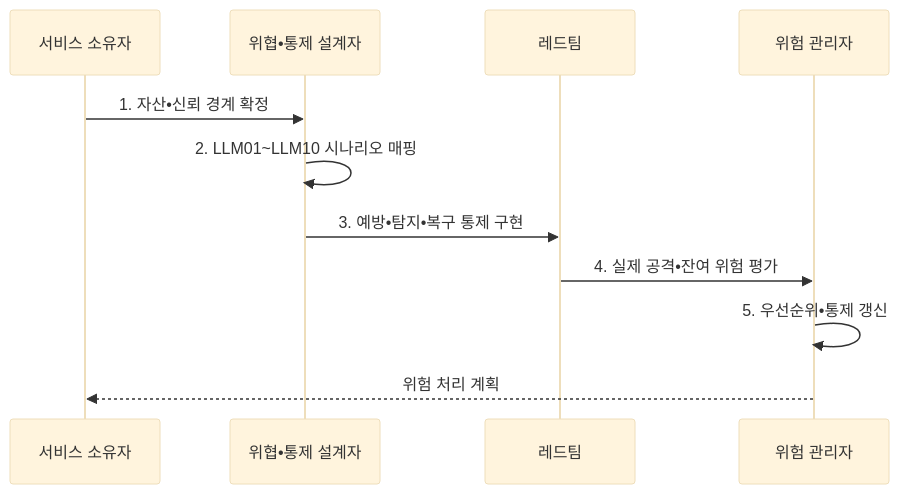
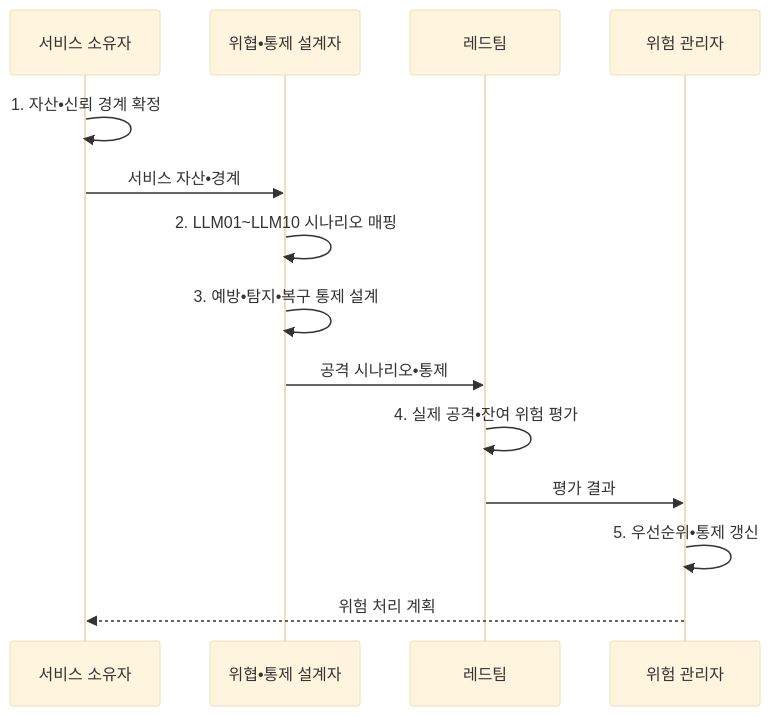
The diagram in src/content/docs/notes/05-security/088_owasp_llm_top_10.md (agnusdei1207/knowledge-base), drawn with Mermaid (base theme) before and after one commit. The commit also changed other lines of this file and 14 other files, not shown here.

````diff
--- a/src/content/docs/notes/05-security/088_owasp_llm_top_10.md
+++ b/src/content/docs/notes/05-security/088_owasp_llm_top_10.md
@@ -95,13 +95,16 @@
 ```mermaid
 sequenceDiagram
     participant O as 서비스 소유자
     participant C as 위협•통제 설계자
     participant R as 레드팀
     participant G as 위험 관리자
-    O->>C: 1. 자산•신뢰 경계 확정
+    O->>O: 1. 자산•신뢰 경계 확정
+    O->>C: 서비스 자산•경계
     C->>C: 2. LLM01~LLM10 시나리오 매핑
-    C->>R: 3. 예방•탐지•복구 통제 구현
-    R->>G: 4. 실제 공격•잔여 위험 평가
+    C->>C: 3. 예방•탐지•복구 통제 설계
+    C->>R: 공격 시나리오•통제
+    R->>R: 4. 실제 공격•잔여 위험 평가
+    R->>G: 평가 결과
     G->>G: 5. 우선순위•통제 갱신
     G-->>O: 위험 처리 계획
 ```
````
